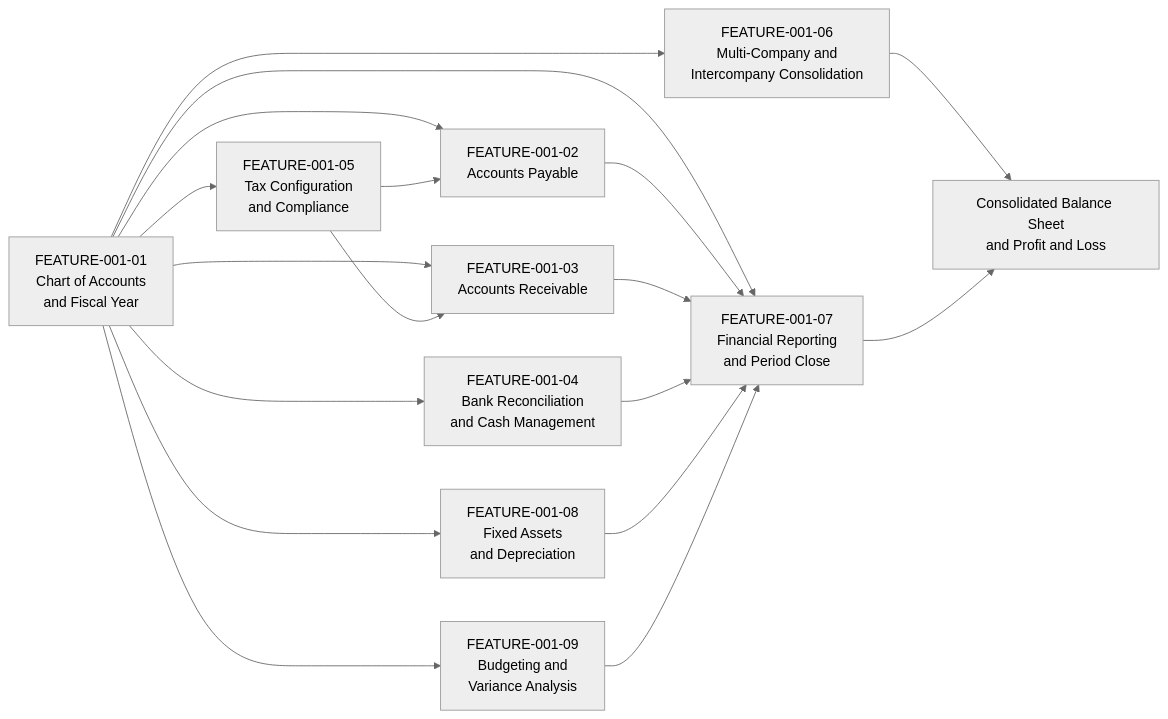
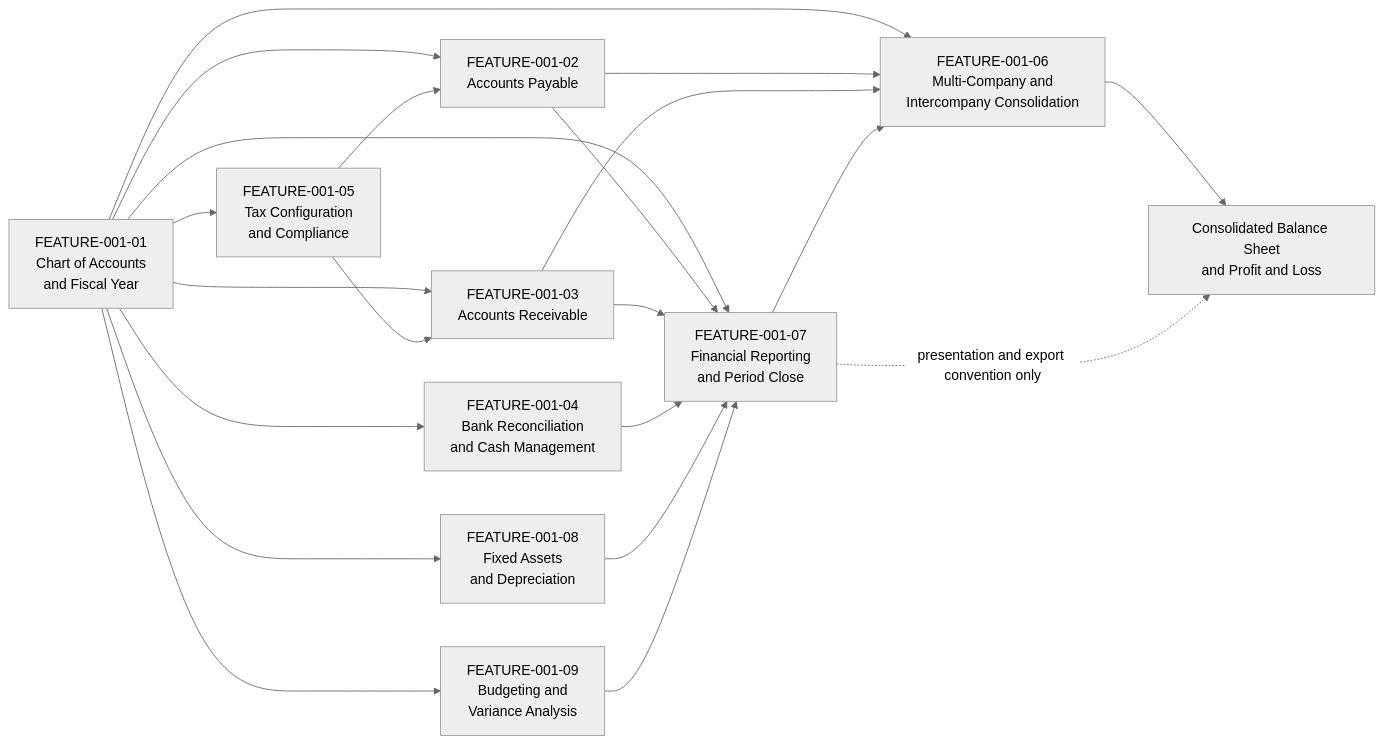
One commit to Blitzy-Sandbox/blitzy-odoo changed the second of 3 diagrams in tickets/EPIC-001-enterprise-accounting-odoo.md. Above: the diagram before and after it, drawn with Mermaid (neutral theme). The commit also changed other lines of this file and 51 other files, not shown here.

````diff
--- a/tickets/EPIC-001-enterprise-accounting-odoo.md
+++ b/tickets/EPIC-001-enterprise-accounting-odoo.md
@@ -358,31 +389,34 @@
 ```mermaid
 graph LR
     F1["FEATURE-001-01<br/>Chart of Accounts<br/>and Fiscal Year"]
     F5["FEATURE-001-05<br/>Tax Configuration<br/>and Compliance"]
     F6["FEATURE-001-06<br/>Multi-Company and<br/>Intercompany Consolidation"]
     F2["FEATURE-001-02<br/>Accounts Payable"]
     F3["FEATURE-001-03<br/>Accounts Receivable"]
     F4["FEATURE-001-04<br/>Bank Reconciliation<br/>and Cash Management"]
     F8["FEATURE-001-08<br/>Fixed Assets<br/>and Depreciation"]
     F9["FEATURE-001-09<br/>Budgeting and<br/>Variance Analysis"]
     F7["FEATURE-001-07<br/>Financial Reporting<br/>and Period Close"]
     CONS["Consolidated Balance Sheet<br/>and Profit and Loss"]
 
     F1 --> F2
     F1 --> F3
     F1 --> F4
     F1 --> F5
     F1 --> F6
     F1 --> F7
     F1 --> F8
     F1 --> F9
     F5 --> F2
     F5 --> F3
-    F6 --> CONS
     F2 --> F7
     F3 --> F7
     F4 --> F7
     F8 --> F7
     F9 --> F7
-    F7 --> CONS
+    F2 --> F6
+    F3 --> F6
+    F7 --> F6
+    F6 --> CONS
+    F7 -.->|presentation and export convention only| CONS
 ```
````
